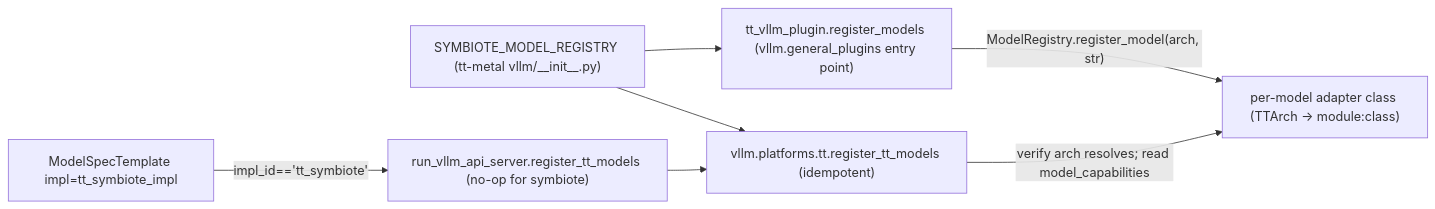
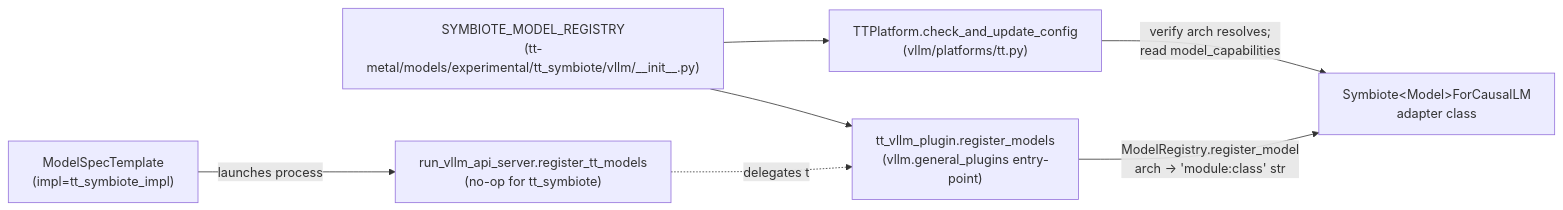
One commit to tenstorrent/tt-inference-server changed the first of 2 diagrams in docs/tt_symbiote_integration_pipeline.md. Above: the diagram before and after it, drawn with Mermaid. The commit also changed other lines of this file and 4 other files, not shown here.

````diff
--- a/docs/tt_symbiote_integration_pipeline.md
+++ b/docs/tt_symbiote_integration_pipeline.md
@@ -55,15 +128,16 @@
 ```mermaid
 flowchart LR
-    Registry["SYMBIOTE_MODEL_REGISTRY (tt-metal vllm/__init__.py)"]
-    Plugin["tt_vllm_plugin.register_models (vllm.general_plugins entry point)"]
-    Server["run_vllm_api_server.register_tt_models (no-op for symbiote)"]
-    Platform["vllm.platforms.tt.register_tt_models (idempotent)"]
-    Spec["ModelSpecTemplate impl=tt_symbiote_impl"]
-    Adapter["per-model adapter class (TTArch -> module:class)"]
+    Registry["SYMBIOTE_MODEL_REGISTRY<br/>(tt-metal/models/experimental/tt_symbiote/vllm/__init__.py)"]
+    Plugin["tt_vllm_plugin.register_models<br/>(vllm.general_plugins entry-point)"]
+    Server["run_vllm_api_server.register_tt_models<br/>(no-op for tt_symbiote)"]
+    Platform["TTPlatform.check_and_update_config<br/>(vllm/platforms/tt.py)"]
+    Spec["ModelSpecTemplate<br/>(impl=tt_symbiote_impl)"]
+    Adapter["Symbiote&lt;Model&gt;ForCausalLM<br/>adapter class"]
+
     Registry --> Plugin
     Registry --> Platform
-    Server --> Platform
-    Spec -->|"impl_id=='tt_symbiote'"| Server
-    Plugin -->|"ModelRegistry.register_model(arch, str)"| Adapter
-    Platform -->|"verify arch resolves; read model_capabilities"| Adapter
+    Server -.delegates to.-> Plugin
+    Spec -->|launches process| Server
+    Plugin -->|ModelRegistry.register_model<br/>arch -> 'module:class' str| Adapter
+    Platform -->|verify arch resolves;<br/>read model_capabilities| Adapter
 ```
````
